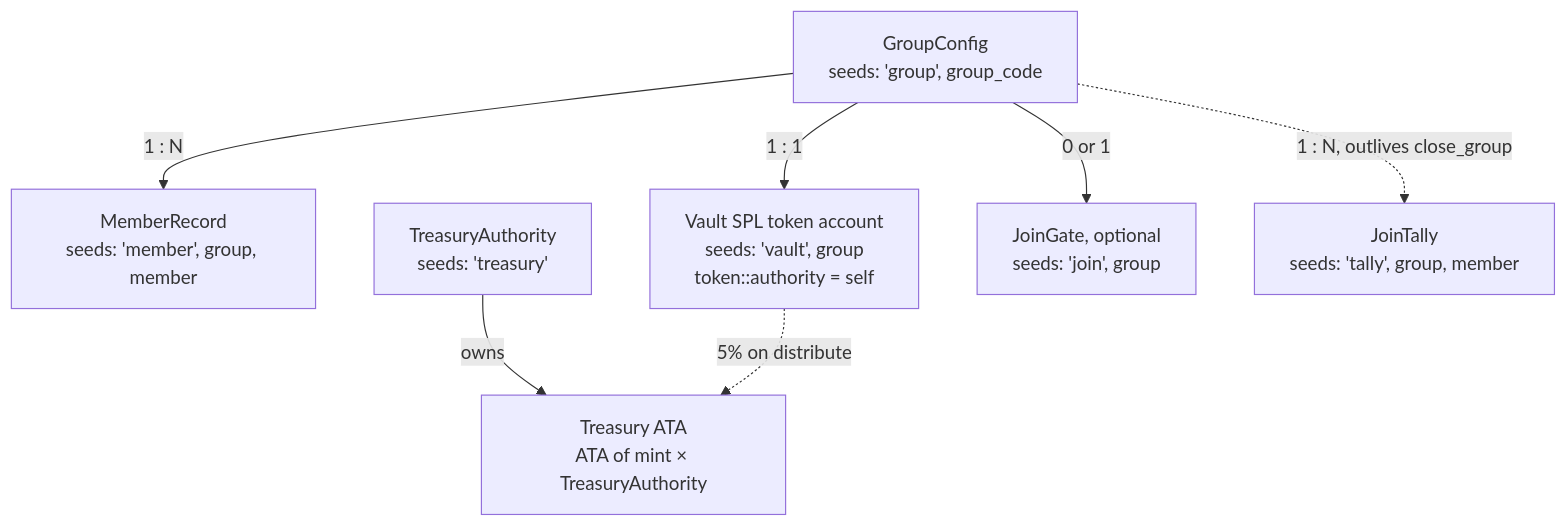
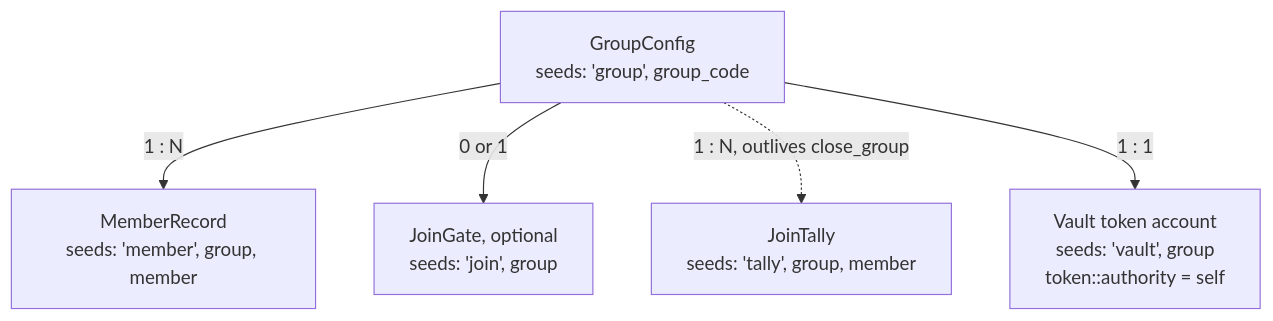
One commit to davigiroux/safenudge.xyz changed the second of 2 diagrams in README.md. Above: the diagram before and after it, drawn with Mermaid. The commit also changed other lines of this file and 28 other files, not shown here.

````diff
--- a/README.md
+++ b/README.md
@@ -90,17 +38,13 @@
 ```mermaid
 flowchart TB
     GC[GroupConfig<br/>seeds: 'group', group_code]
     MR[MemberRecord<br/>seeds: 'member', group, member]
-    V[Vault SPL token account<br/>seeds: 'vault', group<br/>token::authority = self]
-    TA[TreasuryAuthority<br/>seeds: 'treasury']
-    TT[Treasury ATA<br/>ATA of mint × TreasuryAuthority]
+    V[Vault token account<br/>seeds: 'vault', group<br/>token::authority = self]
     JG[JoinGate, optional<br/>seeds: 'join', group]
     JT[JoinTally<br/>seeds: 'tally', group, member]
 
     GC -->|1 : N| MR
     GC -->|0 or 1| JG
     GC -.->|1 : N, outlives close_group| JT
     GC -->|1 : 1| V
-    TA -->|owns| TT
-    V -.->|5% on distribute| TT
 ```
````
